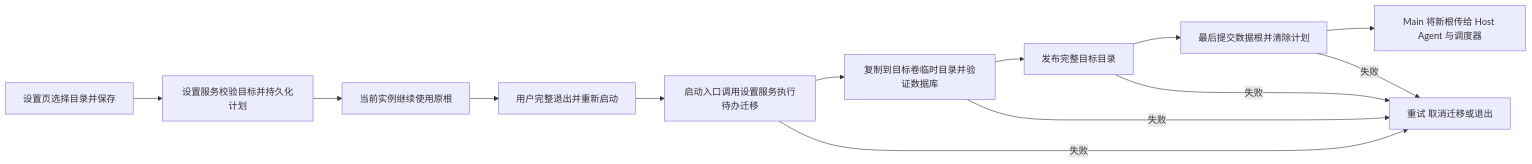
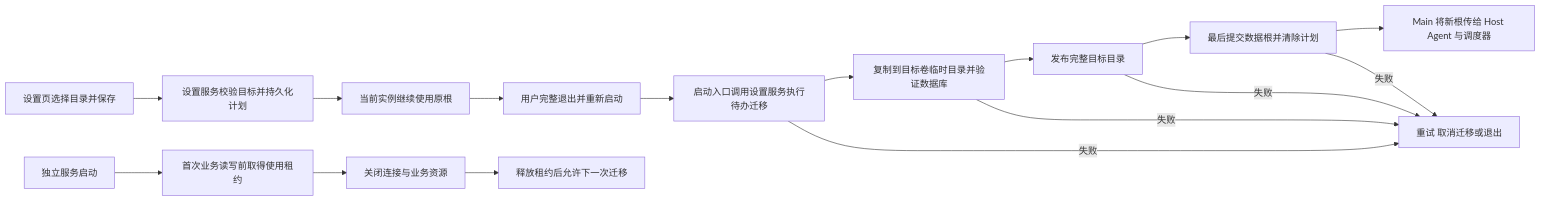
One commit to BlueSkyXN/OpenZWork changed the diagram in docs/desktop/configurable-data-directory-openzwork.md. Above: the diagram before and after it, drawn with Mermaid. The commit also changed other lines of this file and 14 other files, not shown here.

````diff
--- a/docs/desktop/configurable-data-directory-openzwork.md
+++ b/docs/desktop/configurable-data-directory-openzwork.md
@@ -15,15 +15,18 @@
 ```mermaid
 flowchart LR
   A[设置页选择目录并保存] --> B[设置服务校验目标并持久化计划]
   B --> C[当前实例继续使用原根]
   C --> D[用户完整退出并重新启动]
   D --> E[启动入口调用设置服务执行待办迁移]
   E --> F[复制到目标卷临时目录并验证数据库]
   F --> G[发布完整目标目录]
   G --> H[最后提交数据根并清除计划]
   H --> I[Main 将新根传给 Host Agent 与调度器]
+  S[独立服务启动] --> K[首次业务读写前取得使用租约]
+  K --> L[关闭连接与业务资源]
+  L --> M[释放租约后允许下一次迁移]
   E -->|失败| J[重试 取消迁移或退出]
   F -->|失败| J
   G -->|失败| J
   H -->|失败| J
 ```
````
